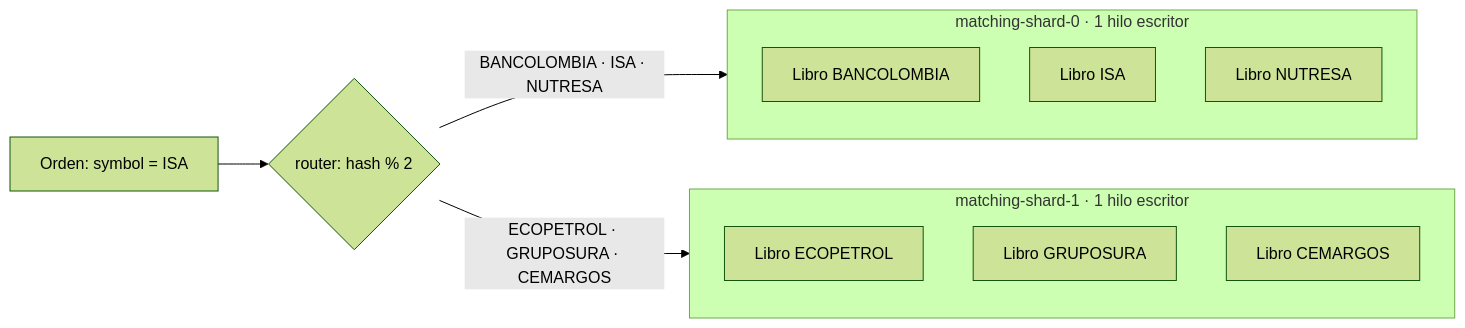
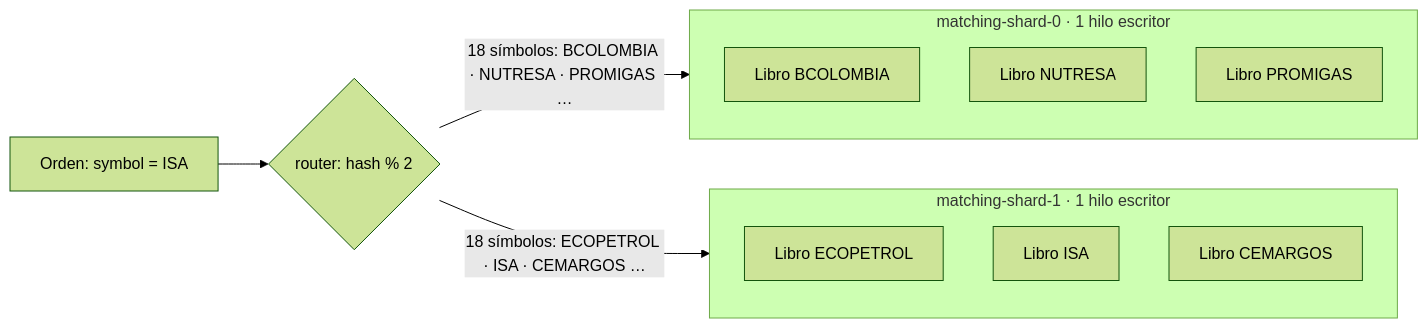
One commit to MATI-MBIT/arqsoft-reto-1 changed the fifth of 8 diagrams in docs/experimento-e01.md. Above: the diagram before and after it, drawn with Mermaid (forest theme). The commit also changed other lines of this file, not shown here.

````diff
--- a/docs/experimento-e01.md
+++ b/docs/experimento-e01.md
@@ -99,16 +101,16 @@
 ```mermaid
 flowchart LR
     subgraph S0["matching-shard-0 · 1 hilo escritor"]
-      B0["Libro BANCOLOMBIA"]
-      B1["Libro ISA"]
-      B2["Libro NUTRESA"]
+      B0["Libro BCOLOMBIA"]
+      B1["Libro NUTRESA"]
+      B2["Libro PROMIGAS"]
     end
     subgraph S1["matching-shard-1 · 1 hilo escritor"]
       B3["Libro ECOPETROL"]
-      B4["Libro GRUPOSURA"]
+      B4["Libro ISA"]
       B5["Libro CEMARGOS"]
     end
     O["Orden: symbol = ISA"] --> R{"router: hash % 2"}
-    R -- "BANCOLOMBIA · ISA · NUTRESA" --> S0
-    R -- "ECOPETROL · GRUPOSURA · CEMARGOS" --> S1
+    R -- "18 símbolos: BCOLOMBIA · NUTRESA · PROMIGAS …" --> S0
+    R -- "18 símbolos: ECOPETROL · ISA · CEMARGOS …" --> S1
 ```
````
